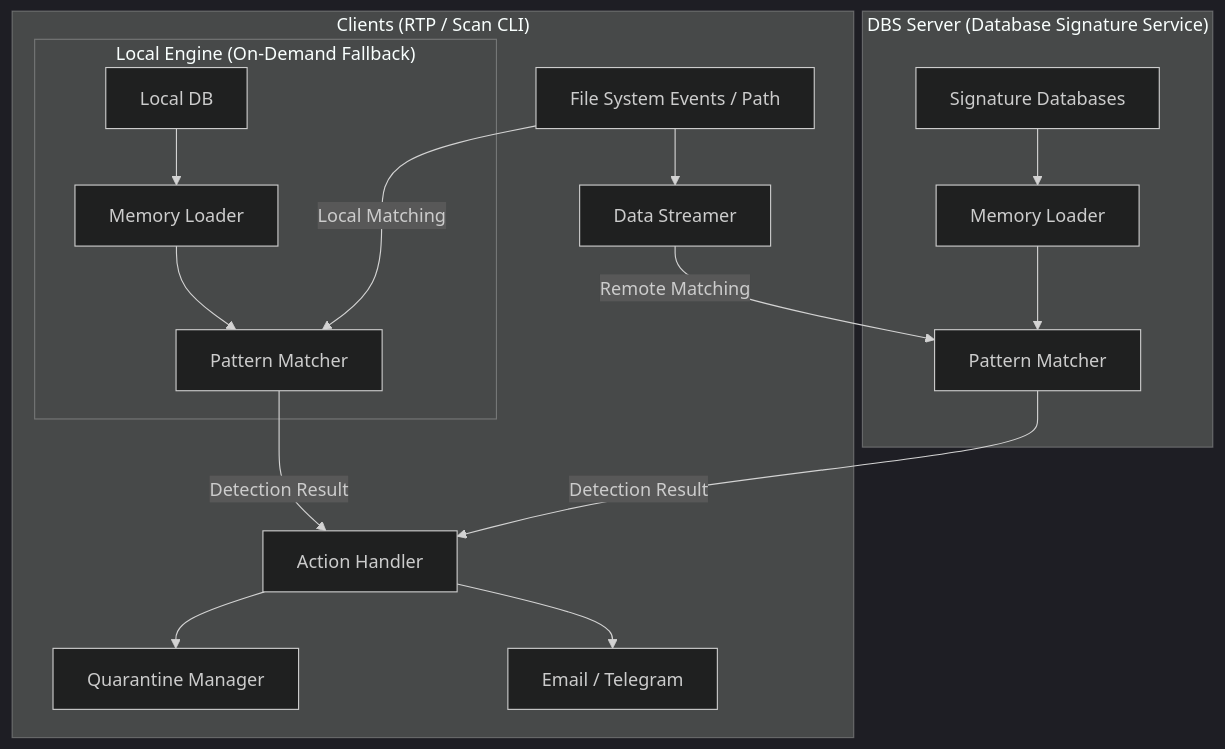
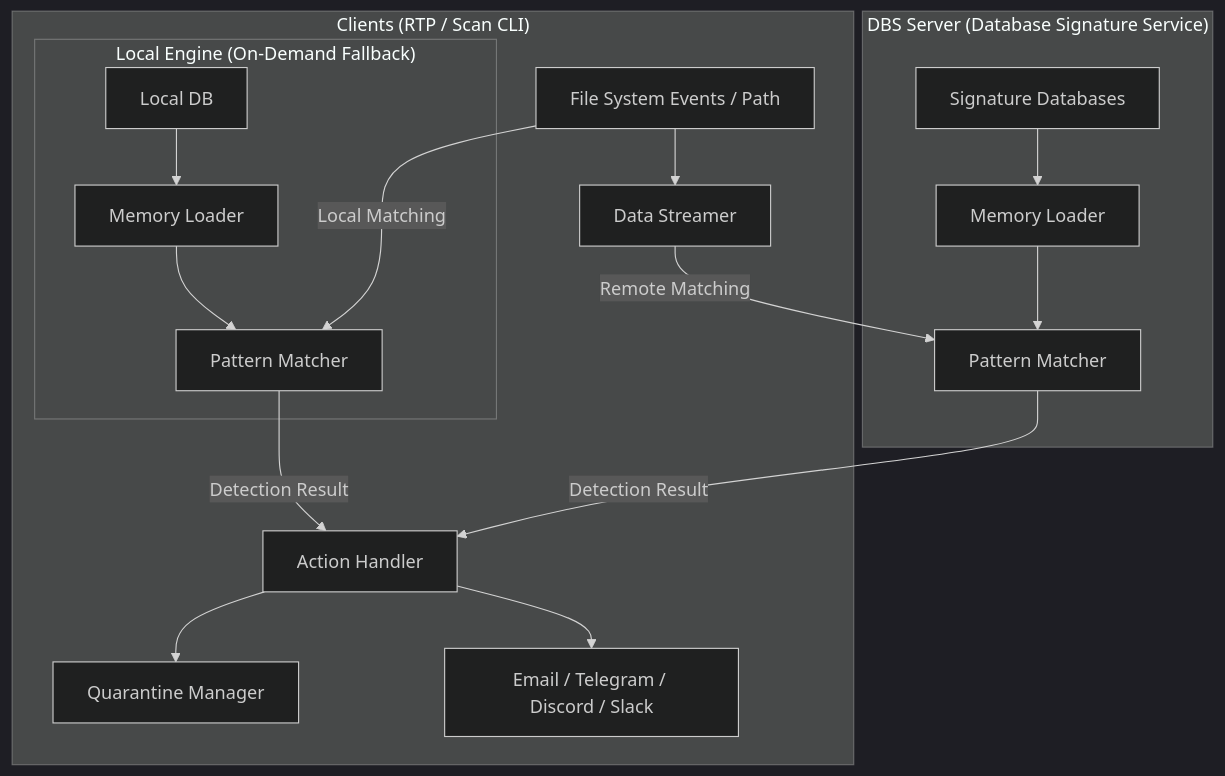
The diagram in README.md (dimaskiddo/lmd-ng), drawn with Mermaid (dark theme) before and after one commit. The commit also changed other lines of this file and 3 other files, not shown here.

First line of the commit message:
docs: sync README, ARCHITECTURE, WORKFLOWS, AGENTS with current code

````diff
--- a/README.md
+++ b/README.md
@@ -29,28 +29,28 @@
 ```mermaid
 graph TD
     subgraph "DBS Server (Database Signature Service)"
         DB_S["Signature Databases"] --> Engine_S["Memory Loader"]
         Engine_S --> Matcher_S["Pattern Matcher"]
     end
 
     subgraph "Clients (RTP / Scan CLI)"
         Source["File System Events / Path"]
         
         subgraph "Local Engine (On-Demand Fallback)"
             DB_L["Local DB"] --> Engine_L["Memory Loader"]
             Engine_L --> Matcher_L["Pattern Matcher"]
         end
 
         Streamer["Data Streamer"]
         
         Source --> Streamer
         Streamer -- "Remote Matching" --> Matcher_S
         Source -- "Local Matching" --> Matcher_L
         
         Matcher_S -- "Detection Result" --> ActionHandler["Action Handler"]
         Matcher_L -- "Detection Result" --> ActionHandler
         
-        ActionHandler --> Notifier["Email / Telegram"]
+        ActionHandler --> Notifier["Email / Telegram / Discord / Slack"]
         ActionHandler --> Quarantine["Quarantine Manager"]
     end
 ```
````
